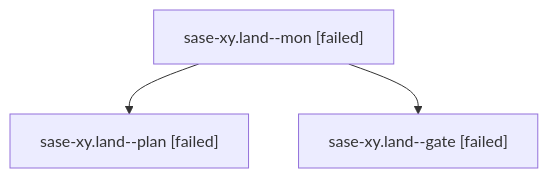
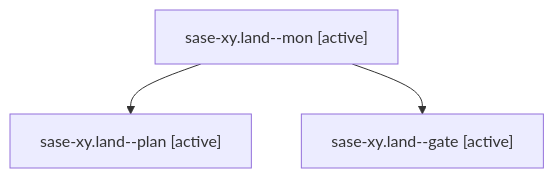
The diagram in families/bbugyi200.athena.sase-xy.land.md (sase-org/sase--agents), drawn with Mermaid before and after one commit. The commit also changed other lines of this file and 35830 other files, not shown here.

````diff
--- a/families/bbugyi200.athena.sase-xy.land.md
+++ b/families/bbugyi200.athena.sase-xy.land.md
@@ -9,8 +9,8 @@
 ```mermaid
 flowchart TD
-  n0["sase-xy.land--mon [failed]"]
-  n1["sase-xy.land--plan [failed]"]
+  n0["sase-xy.land--mon [active]"]
+  n1["sase-xy.land--plan [active]"]
   n0 --> n1
-  n2["sase-xy.land--gate [failed]"]
+  n2["sase-xy.land--gate [active]"]
   n0 --> n2
 ```
````
